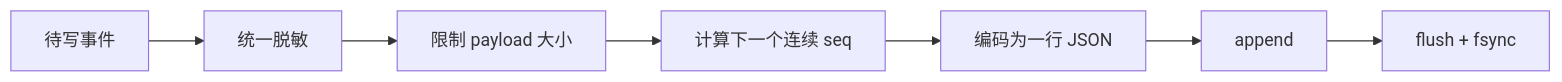
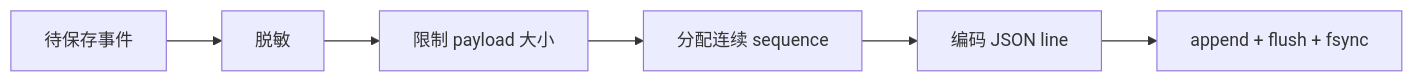
One commit to Arthur999459up/GitAgent changed the fourth of 9 diagrams in docs/09-persistence-recovery-observability.md. Above: the diagram before and after it, drawn with Mermaid. The commit also changed other lines of this file and 15 other files, not shown here.

````diff
--- a/docs/09-persistence-recovery-observability.md
+++ b/docs/09-persistence-recovery-observability.md
@@ -166,9 +98,8 @@
 ```mermaid
 flowchart LR
-    D[待写事件] --> R[统一脱敏]
+    D[待保存事件] --> R[脱敏]
     R --> B[限制 payload 大小]
-    B --> S[计算下一个连续 seq]
-    S --> E[编码为一行 JSON]
-    E --> A[append]
-    A --> F[flush + fsync]
+    B --> S[分配连续 sequence]
+    S --> J[编码 JSON line]
+    J --> F[append + flush + fsync]
 ```
````
